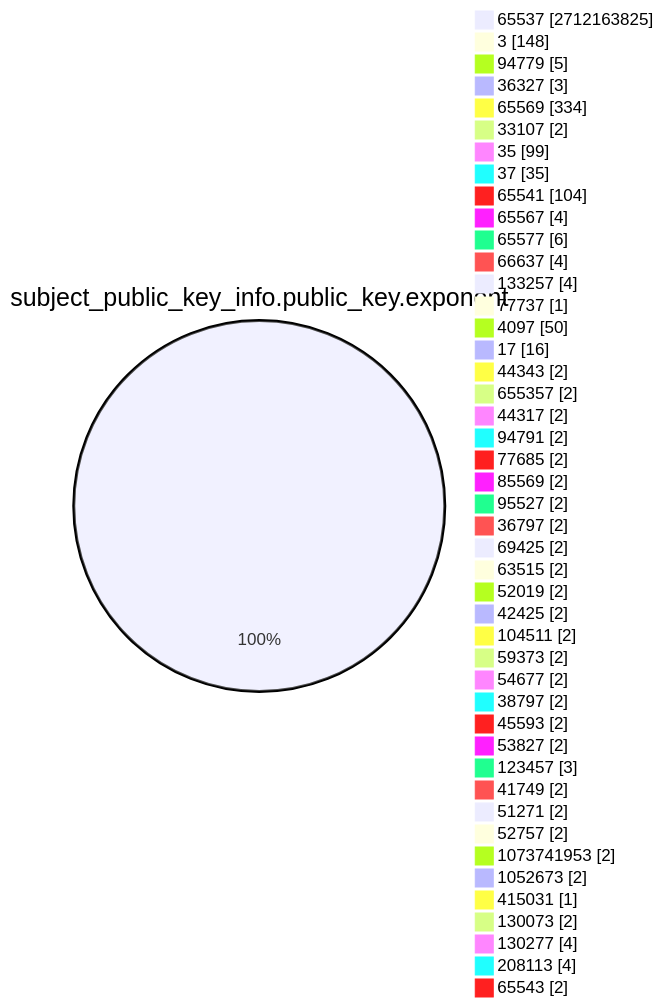
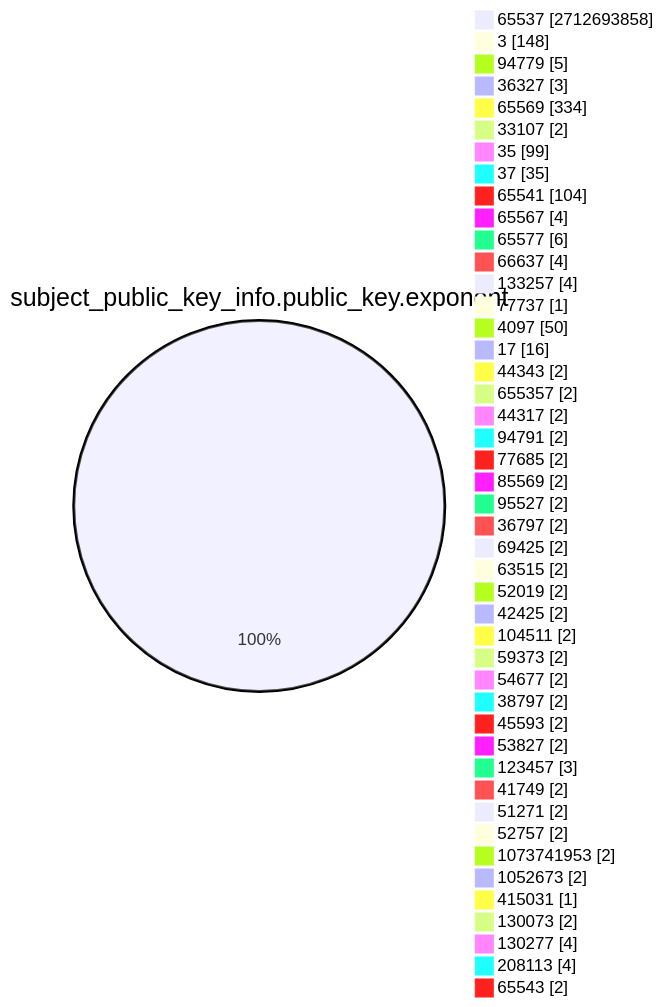
Before and after one commit to christiankrug/ctmonitor_visualization: the fourth of 15 diagrams in TOTAL/README.md, drawn with Mermaid. The commit also changed other lines of this file, not shown here.

````diff
--- a/TOTAL/README.md
+++ b/TOTAL/README.md
@@ -1467,49 +1467,49 @@
 ```mermaid
 pie showData
 title subject_public_key_info.public_key.exponent
-"65537" :2712163825
+"65537" :2712693858
 "3" :148
 "94779" :5
 "36327" :3
 "65569" :334
 "33107" :2
 "35" :99
 "37" :35
 "65541" :104
 "65567" :4
 "65577" :6
 "66637" :4
 "133257" :4
 "77737" :1
 "4097" :50
 "17" :16
 "44343" :2
 "655357" :2
 "44317" :2
 "94791" :2
 "77685" :2
 "85569" :2
 "95527" :2
 "36797" :2
 "69425" :2
 "63515" :2
 "52019" :2
 "42425" :2
 "104511" :2
 "59373" :2
 "54677" :2
 "38797" :2
 "45593" :2
 "53827" :2
 "123457" :3
 "41749" :2
 "51271" :2
 "52757" :2
 "1073741953" :2
 "1052673" :2
 "415031" :1
 "130073" :2
 "130277" :4
 "208113" :4
 "65543" :2
 ```
````
